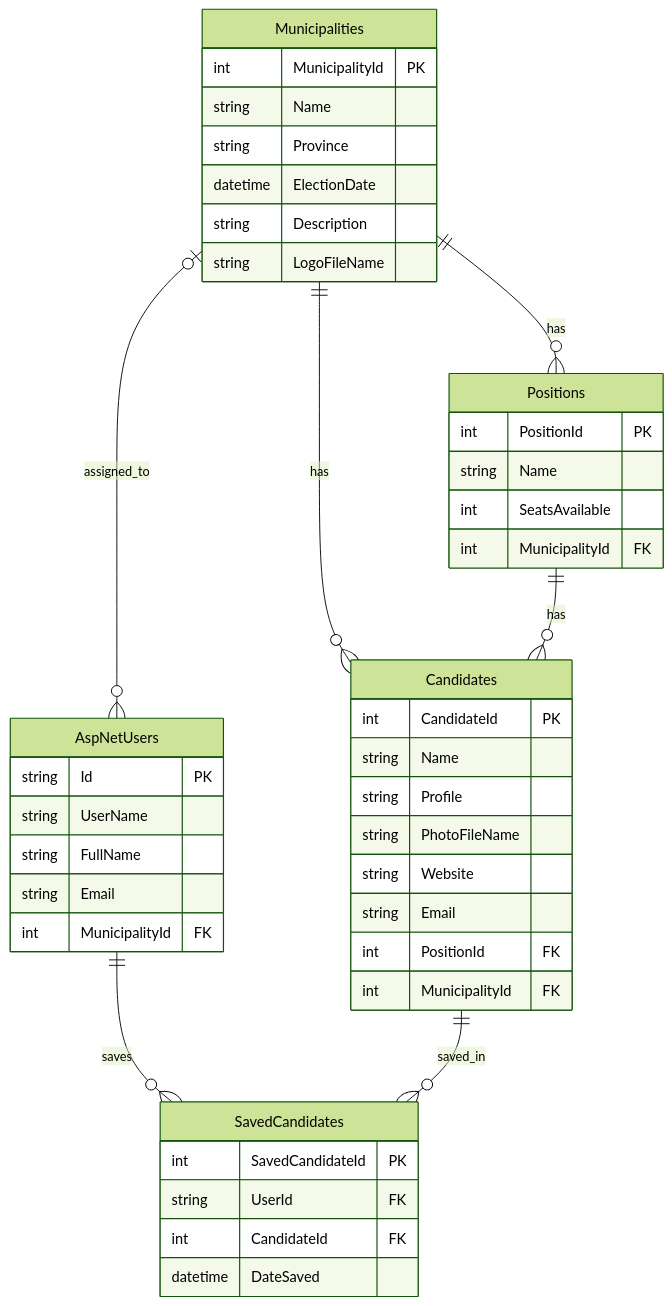
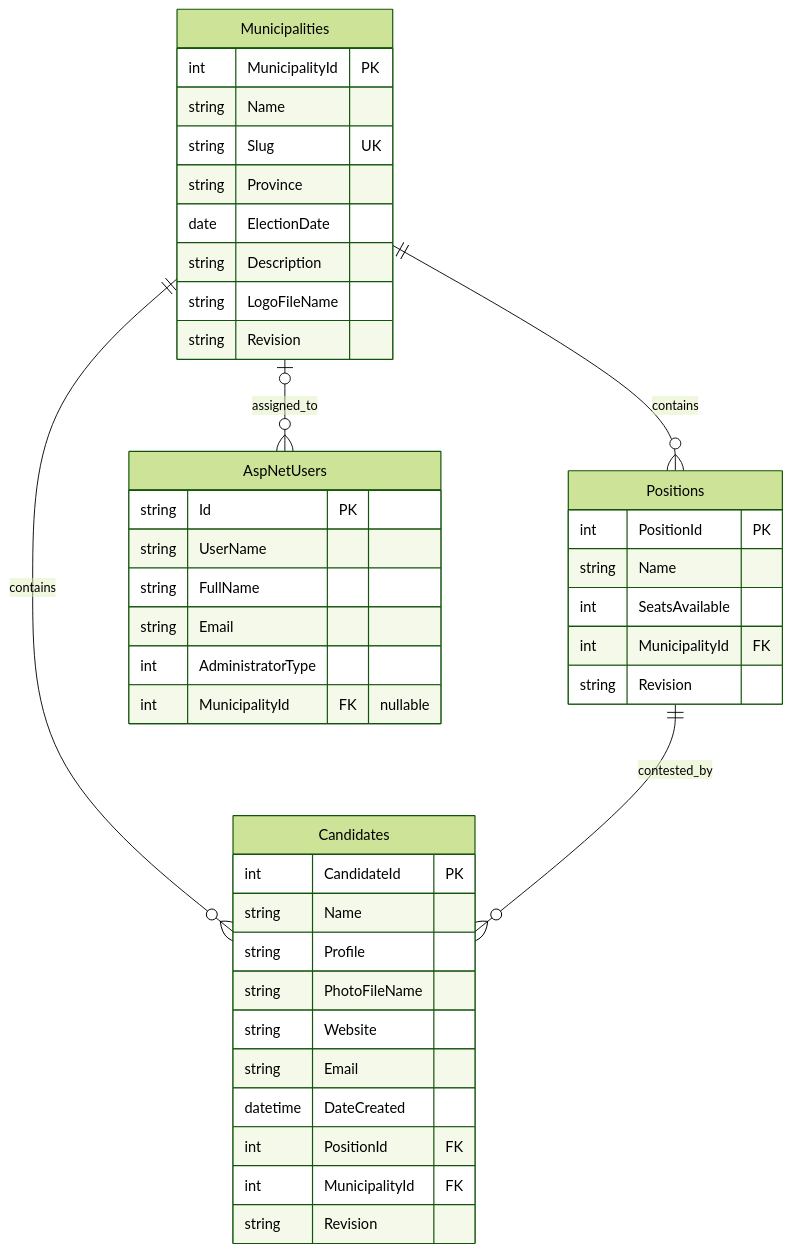
One commit to Bardia258/Assignment2-term4 changed the diagram in COMP4976-MunicipalElections-CSharp/docs/erd/ERD.md. Above: the diagram before and after it, drawn with Mermaid (forest theme). The commit also changed other lines of this file and 347 other files, not shown here.

````diff
--- a/COMP4976-MunicipalElections-CSharp/docs/erd/ERD.md
+++ b/COMP4976-MunicipalElections-CSharp/docs/erd/ERD.md
@@ -1,47 +7,45 @@
 ```mermaid
 erDiagram
-    Municipalities ||--o{ Positions : has
-    Municipalities ||--o{ Candidates : has
-    Positions ||--o{ Candidates : has
+    Municipalities ||--o{ Positions : contains
+    Municipalities ||--o{ Candidates : contains
+    Positions ||--o{ Candidates : contested_by
     Municipalities |o--o{ AspNetUsers : assigned_to
-    AspNetUsers ||--o{ SavedCandidates : saves
-    Candidates ||--o{ SavedCandidates : saved_in
 
     Municipalities {
         int MunicipalityId PK
         string Name
+        string Slug UK
         string Province
-        datetime ElectionDate
+        date ElectionDate
         string Description
         string LogoFileName
+        string Revision
     }
     Positions {
         int PositionId PK
         string Name
         int SeatsAvailable
         int MunicipalityId FK
+        string Revision
     }
     Candidates {
         int CandidateId PK
         string Name
         string Profile
         string PhotoFileName
         string Website
         string Email
+        datetime DateCreated
         int PositionId FK
         int MunicipalityId FK
+        string Revision
     }
     AspNetUsers {
         string Id PK
         string UserName
         string FullName
         string Email
-        int MunicipalityId FK
-    }
-    SavedCandidates {
-        int SavedCandidateId PK
-        string UserId FK
-        int CandidateId FK
-        datetime DateSaved
+        int AdministratorType
+        int MunicipalityId FK "nullable"
     }
 ```
````
